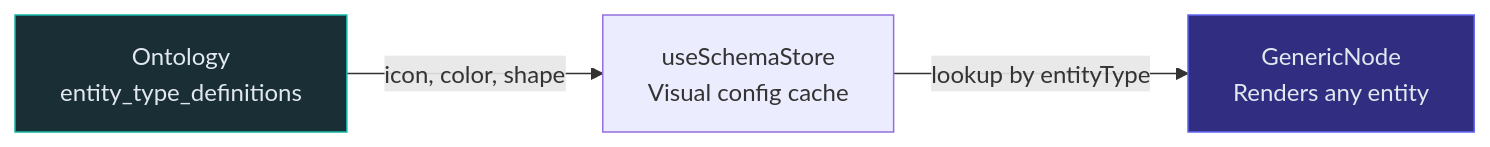
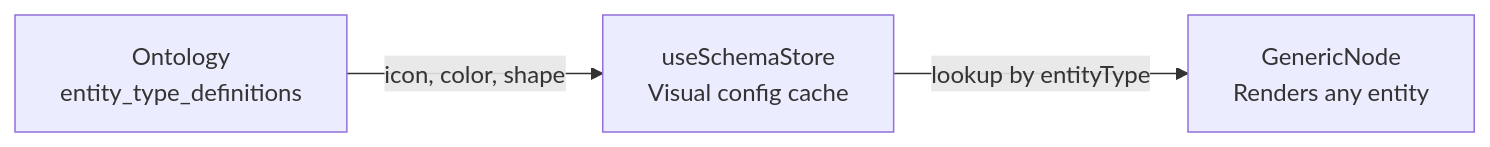
Before and after one commit to rkrumins/dataviz: the fourth of 5 diagrams in docs/DECISIONS.md, drawn with Mermaid. The commit also changed other lines of this file and 46 other files, not shown here.

````diff
--- a/docs/DECISIONS.md
+++ b/docs/DECISIONS.md
@@ -269,12 +267,10 @@
 ```mermaid
 graph LR
     Ontology["Ontology<br/>entity_type_definitions"]
     Schema["useSchemaStore<br/>Visual config cache"]
     Node["GenericNode<br/>Renders any entity"]
 
     Ontology -->|"icon, color, shape"| Schema
     Schema -->|"lookup by entityType"| Node
 
-    style Ontology fill:#1a2e35,stroke:#14b8a6,color:#e2e8f0
-    style Node fill:#312e81,stroke:#6366f1,color:#e2e8f0
 ```
````
